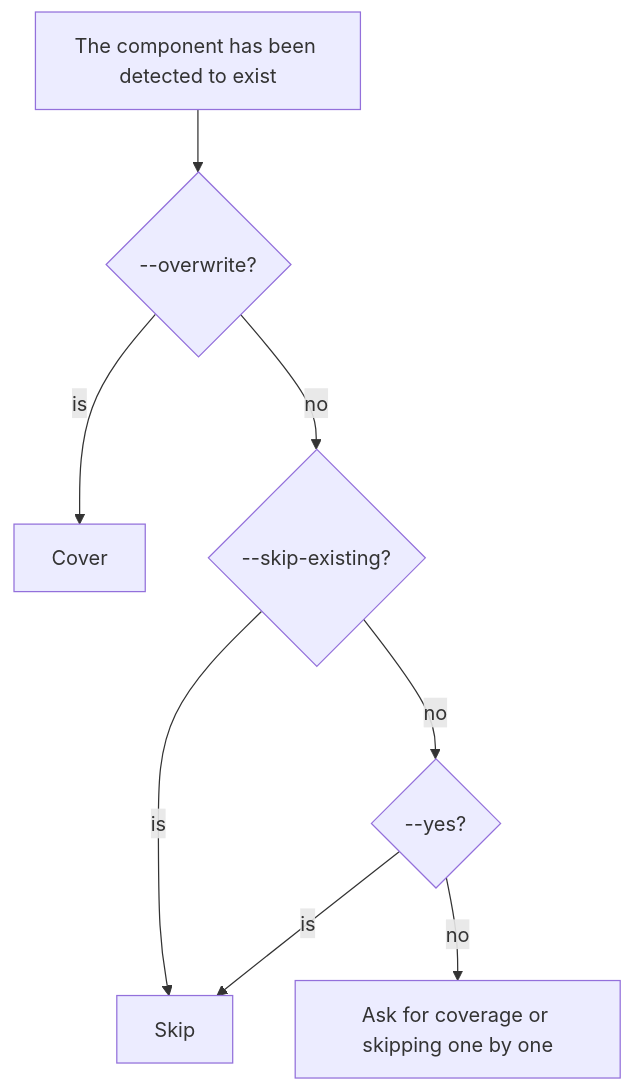
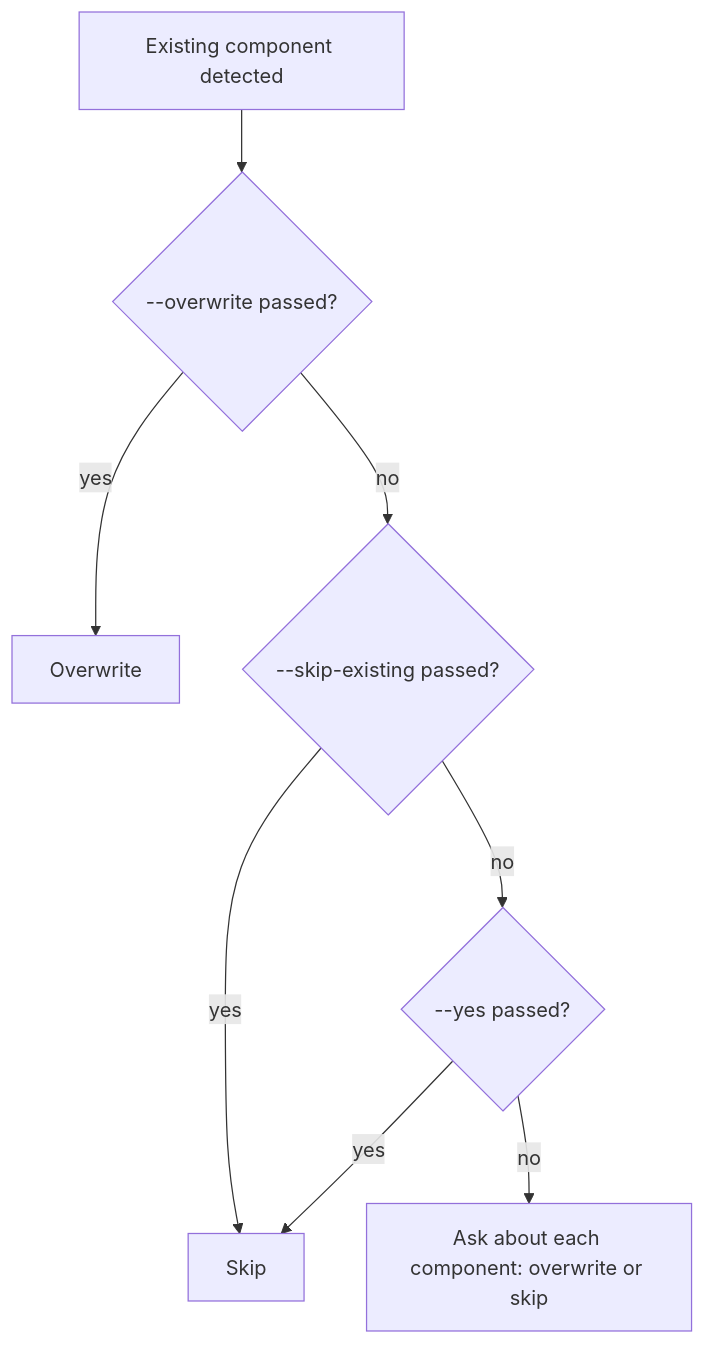
The first of 2 diagrams in en/guides/existing-project.mdx (rpamis/comet-website-docs), drawn with Mermaid before and after one commit. The commit also changed other lines of this file and 51 other files, not shown here.

````diff
--- a/en/guides/existing-project.mdx
+++ b/en/guides/existing-project.mdx
@@ -38,10 +38,10 @@
 ```mermaid
 flowchart TD
-  A["The component has been detected to exist"] --> B{"--overwrite?"}
-  B -->|is| C[""Cover""]
-  B -->|no| D{"--skip-existing?"}
-  D -->|is| E["Skip"]
-  D -->|no| F{"--yes?"}
-  F -->|is| E
-  F -->|no| G["Ask for coverage or skipping one by one"]
+  A["Existing component detected"] --> B{"--overwrite passed?"}
+  B -->|yes| C["Overwrite"]
+  B -->|no| D{"--skip-existing passed?"}
+  D -->|yes| E["Skip"]
+  D -->|no| F{"--yes passed?"}
+  F -->|yes| E
+  F -->|no| G["Ask about each component: overwrite or skip"]
 ```
````
